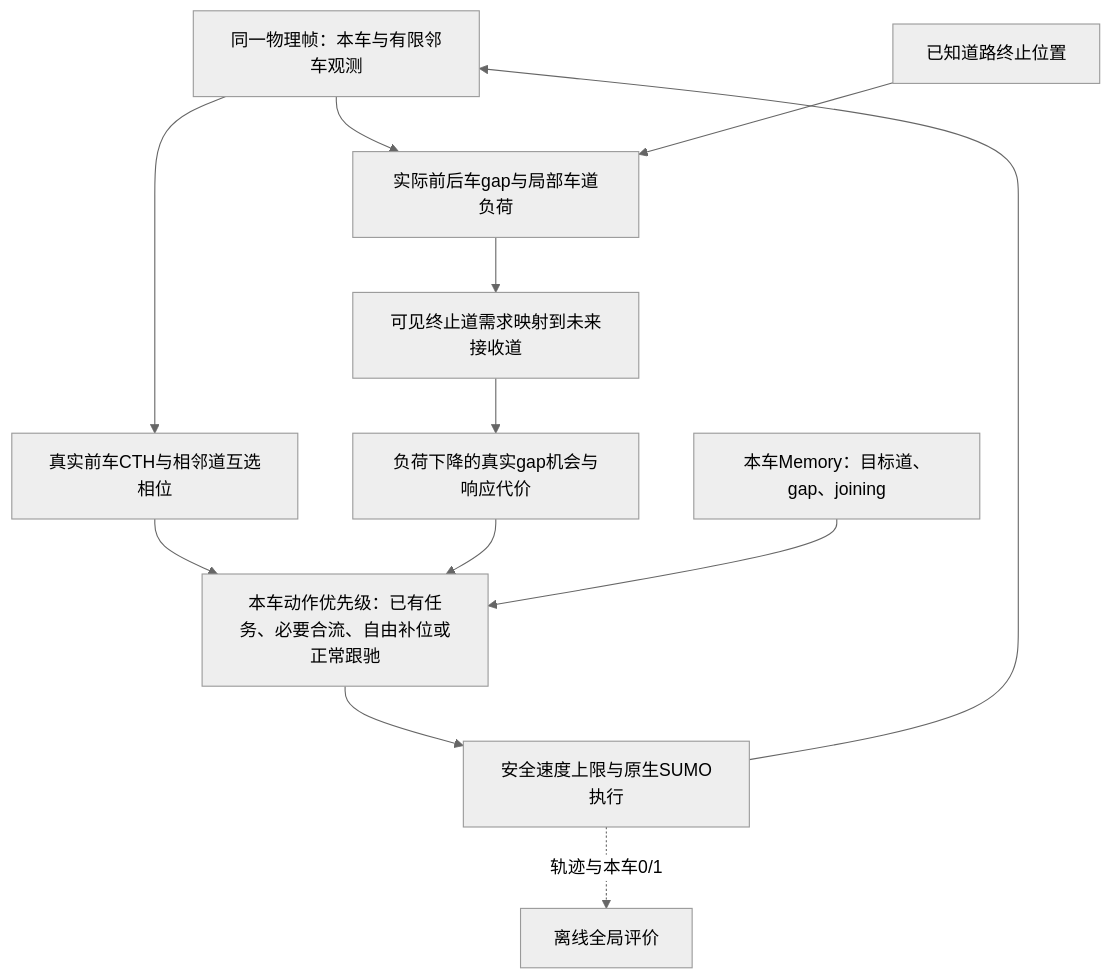
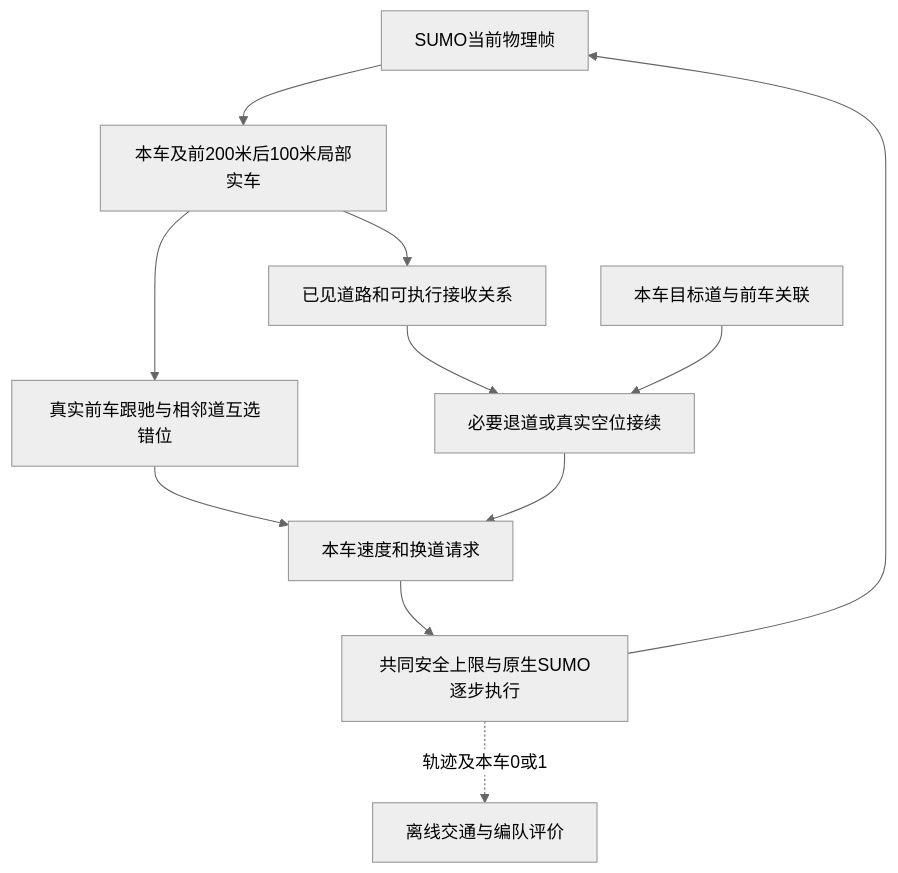
The diagram in docs/原生SUMO编队变换系统说明.md (32780542/yanjiu1), drawn with Mermaid (neutral theme) before and after one commit. The commit also changed other lines of this file and 135 other files, not shown here.

Commit message:
Preserve continuous-flow evidence and simplify the current formation contracts

````diff
--- a/docs/原生SUMO编队变换系统说明.md
+++ b/docs/原生SUMO编队变换系统说明.md
@@ -8,14 +51,13 @@
 ```mermaid
 flowchart TD
-    A[同一物理帧：本车与有限邻车观测] --> B[真实前车CTH与相邻道互选相位]
-    A --> C[实际前后车gap与局部车道负荷]
-    M[已知道路终止位置] --> C
-    C --> D[可见终止道需求映射到未来接收道]
-    D --> E[负荷下降的真实gap机会与响应代价]
-    B --> F[本车动作优先级：已有任务、必要合流、自由补位或正常跟驰]
+    A[SUMO当前物理帧] --> B[本车及前200米后100米局部实车]
+    B --> C[真实前车跟驰与相邻道互选错位]
+    B --> D[已见道路和可执行接收关系]
+    D --> E[必要退道或真实空位接续]
+    M[本车目标道与前车关联] --> E
+    C --> F[本车速度和换道请求]
     E --> F
-    H[本车Memory：目标道、gap、joining] --> F
-    F --> G[安全速度上限与原生SUMO执行]
+    F --> G[共同安全上限与原生SUMO逐步执行]
     G --> A
-    G -.轨迹与本车0/1.-> I[离线全局评价]
+    G -.轨迹及本车0或1.-> H[离线交通与编队评价]
 ```
````
